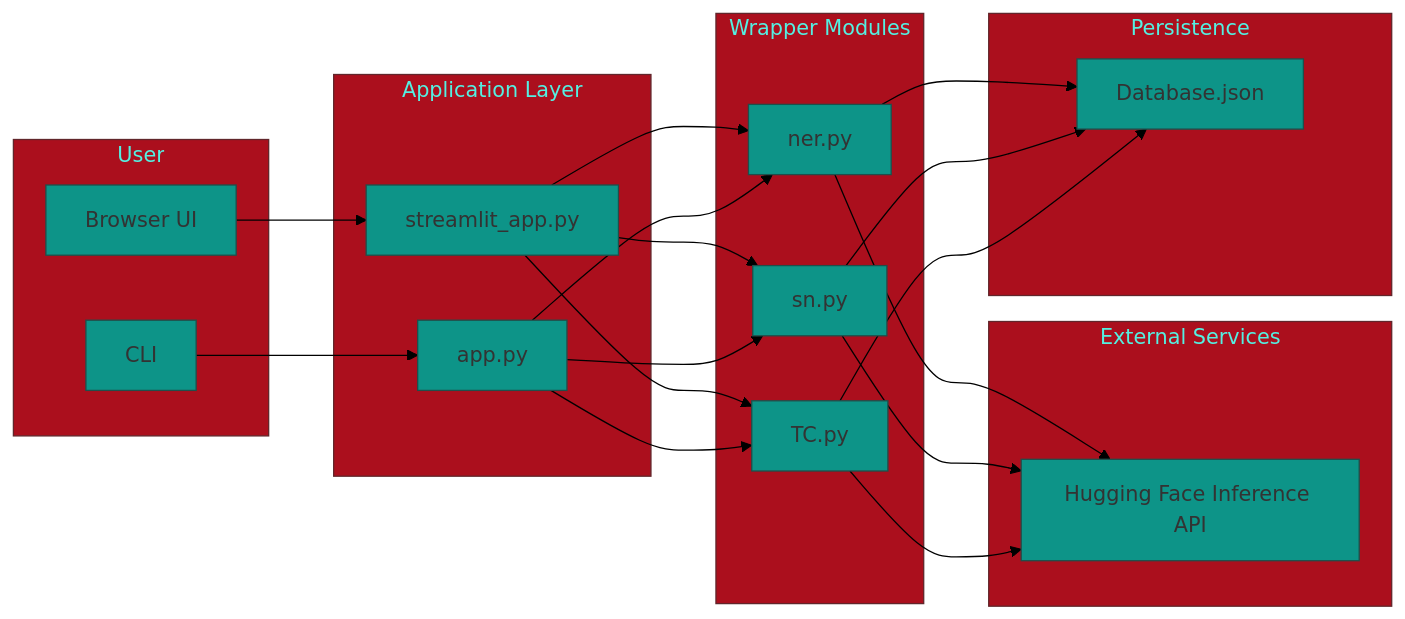
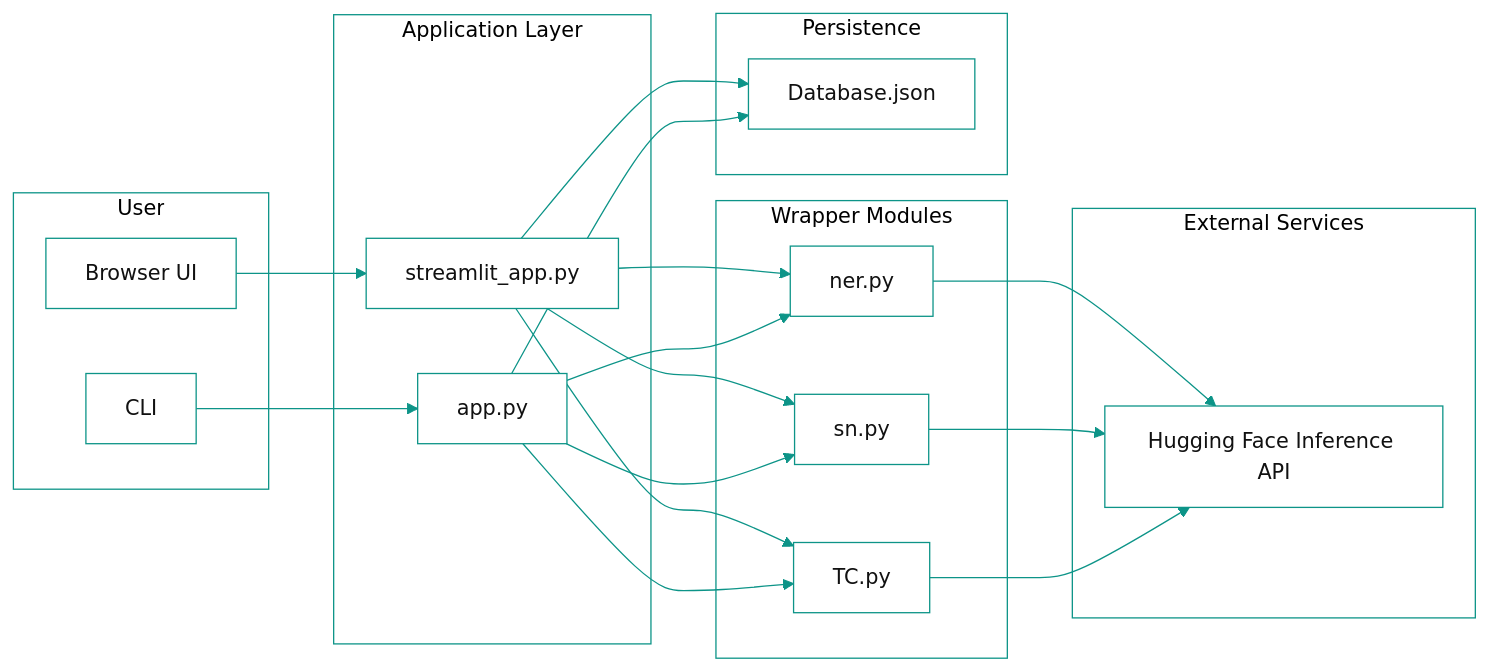
The diagram in README.md (KrAtulHub/NLP_ToolKit), drawn with Mermaid before and after one commit. The commit also changed other lines of this file, not shown here.

````diff
--- a/README.md
+++ b/README.md
@@ -12,42 +14,41 @@
 ```mermaid
-%%{init: {"theme":"base","themeVariables": {"background":"#ffffff","primaryColor":"#0d9488","edgeLabelBackground":"#ffffff"}}}%%
+%%{init: {"theme":"base","themeVariables": {"background":"#ffffff","mainBkg":"#ffffff","secondBkg":"#ffffff","tertiaryColor":"#ffffff","clusterBkg":"#ffffff","clusterBorder":"#0d9488","primaryColor":"#0d9488","primaryBorderColor":"#0d9488","primaryTextColor":"#111111","lineColor":"#0d9488","edgeLabelBackground":"#ffffff"}}}%%
 flowchart LR
 	subgraph UX[User]
 		Browser[Browser UI]
 		Terminal[CLI]
 	end
 
 	subgraph App[Application Layer]
 		Streamlit[streamlit_app.py]
 		CLIapp[app.py]
 	end
 
 	subgraph Logic[Wrapper Modules]
 		NER[ner.py]
 		SENT[sn.py]
 		TC[TC.py]
 	end
 
 	subgraph External[External Services]
 		HF[Hugging Face Inference API]
 	end
 
 	subgraph Data[Persistence]
 		DB[Database.json]
 	end
 
 	Browser --> Streamlit
 	Terminal --> CLIapp
 	Streamlit --> NER
 	Streamlit --> SENT
 	Streamlit --> TC
 	CLIapp --> NER
 	CLIapp --> SENT
 	CLIapp --> TC
 	NER --> HF
 	SENT --> HF
 	TC --> HF
-	NER --> DB
-	SENT --> DB
-	TC --> DB
+	Streamlit --> DB
+	CLIapp --> DB
 ```
````
